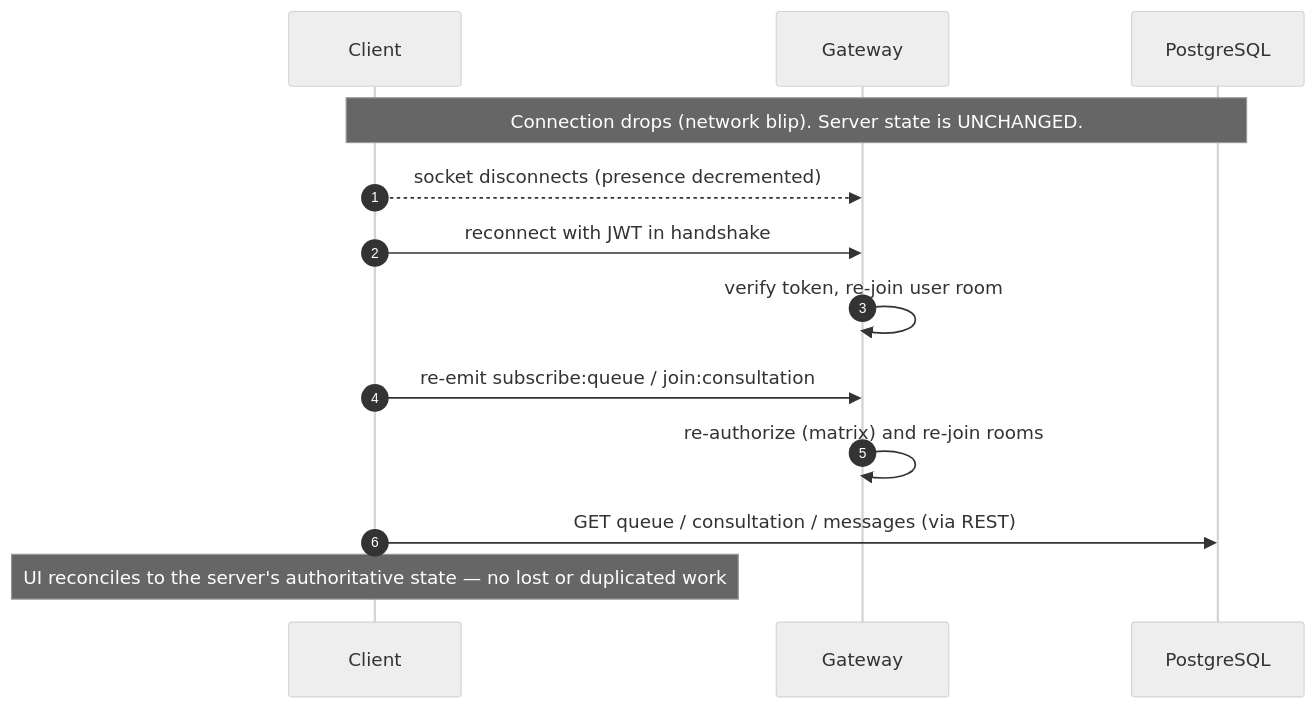
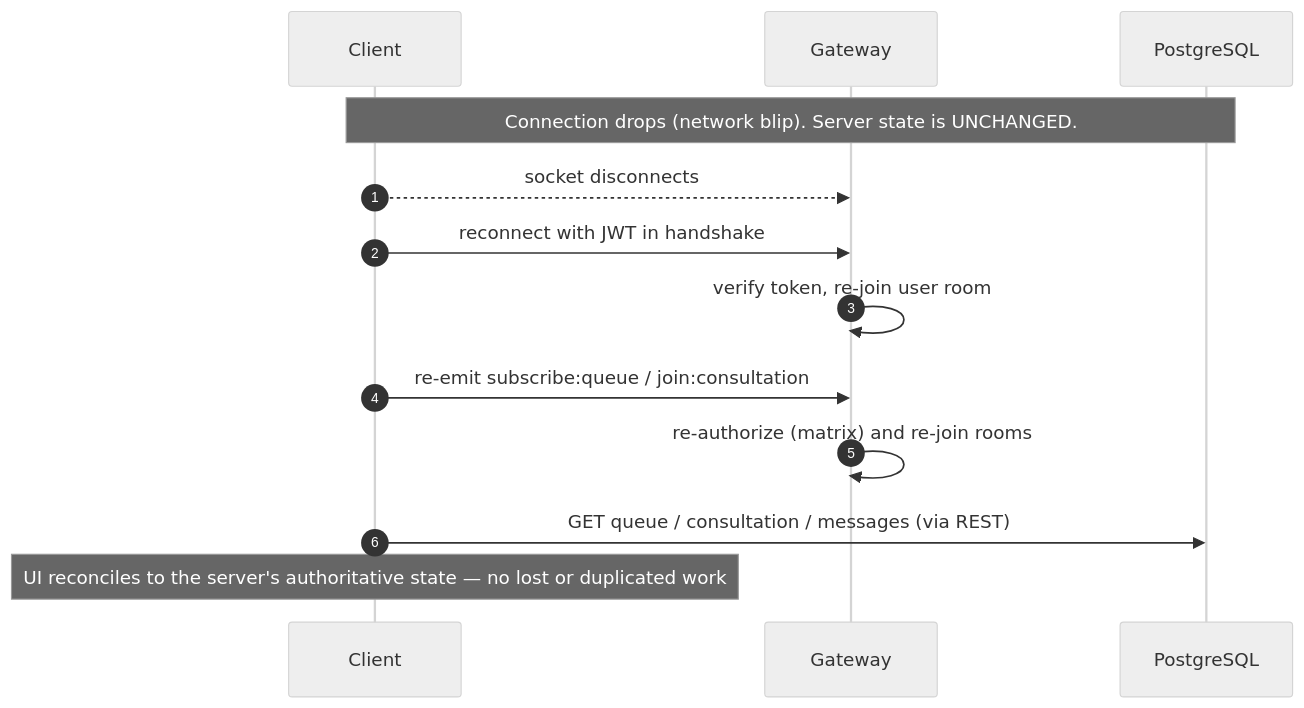
One commit to akritiupreti/virtual-consultation-platform changed diagram 11 of 13 in docs/architecture.md. Above: the diagram before and after it, drawn with Mermaid (neutral theme). The commit also changed other lines of this file and 193 other files, not shown here.

First line of the commit message:
refactor: simplify consultation workflow and fix data-model diagram

````diff
--- a/docs/architecture.md
+++ b/docs/architecture.md
@@ -435,16 +408,16 @@
 ```mermaid
 sequenceDiagram
     autonumber
     participant Cl as Client
     participant G as Gateway
     participant DB as PostgreSQL
 
     Note over Cl,DB: Connection drops (network blip). Server state is UNCHANGED.
-    Cl-->>G: socket disconnects (presence decremented)
+    Cl-->>G: socket disconnects
     Cl->>G: reconnect with JWT in handshake
     G->>G: verify token, re-join user room
     Cl->>G: re-emit subscribe:queue / join:consultation
     G->>G: re-authorize (matrix) and re-join rooms
     Cl->>DB: GET queue / consultation / messages (via REST)
     Note over Cl: UI reconciles to the server's authoritative state — no lost or duplicated work
 ```
````
